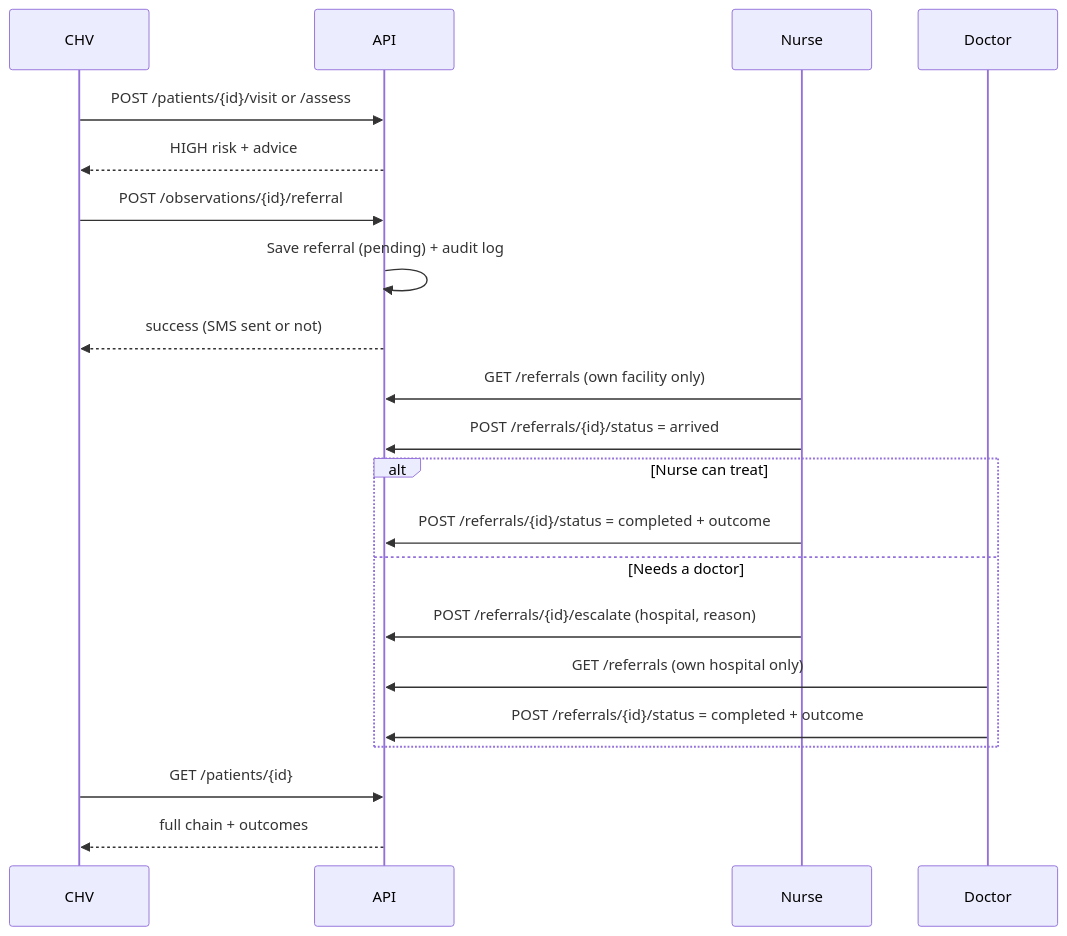
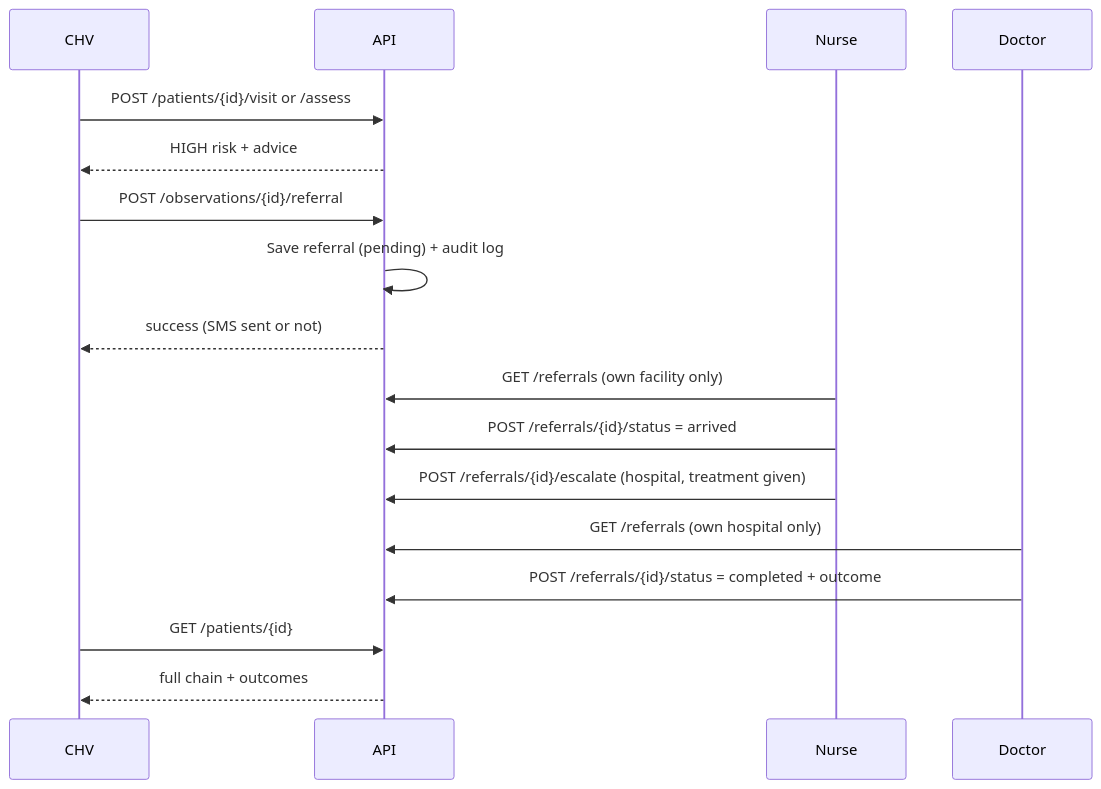
Before and after one commit to ASU-MICS-2028/cc-group-2-prosit-2: the second of 2 diagrams in README.md, drawn with Mermaid. The commit also changed other lines of this file and 3 other files, not shown here.

Commit message:
Every referred patient must reach a doctor: nurses refer on, only doctors close cases

````diff
--- a/README.md
+++ b/README.md
@@ -254,23 +257,19 @@
 ```mermaid
 sequenceDiagram
     participant C as CHV
     participant A as API
     participant N as Nurse
     participant D as Doctor
     C->>A: POST /patients/{id}/visit or /assess
     A-->>C: HIGH risk + advice
     C->>A: POST /observations/{id}/referral
     A->>A: Save referral (pending) + audit log
     A-->>C: success (SMS sent or not)
     N->>A: GET /referrals (own facility only)
     N->>A: POST /referrals/{id}/status = arrived
-    alt Nurse can treat
-        N->>A: POST /referrals/{id}/status = completed + outcome
-    else Needs a doctor
-        N->>A: POST /referrals/{id}/escalate (hospital, reason)
-        D->>A: GET /referrals (own hospital only)
-        D->>A: POST /referrals/{id}/status = completed + outcome
-    end
+    N->>A: POST /referrals/{id}/escalate (hospital, treatment given)
+    D->>A: GET /referrals (own hospital only)
+    D->>A: POST /referrals/{id}/status = completed + outcome
     C->>A: GET /patients/{id}
     A-->>C: full chain + outcomes
 ```
````
